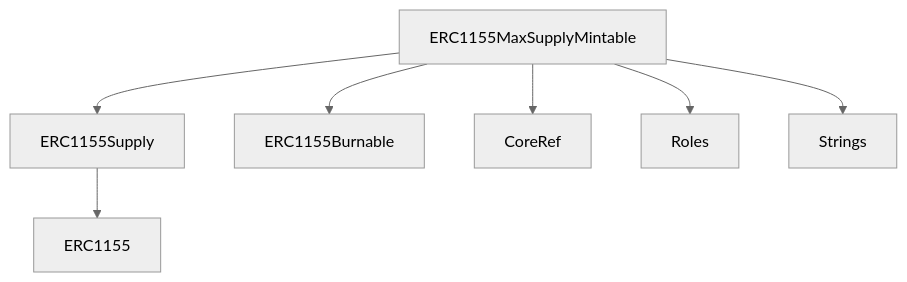
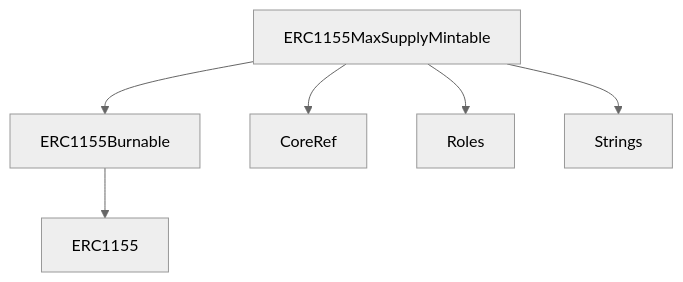
One commit to ZTX-Foundation/tuxedo changed the first of 2 diagrams in doc/contracts/nfts/ERC1155MaxSupplyMintable.md. Above: the diagram before and after it, drawn with Mermaid (neutral theme). The commit also changed other lines of this file, not shown here.

````diff
--- a/doc/contracts/nfts/ERC1155MaxSupplyMintable.md
+++ b/doc/contracts/nfts/ERC1155MaxSupplyMintable.md
@@ -10,10 +10,9 @@
 ```mermaid
 graph TD
-    ERC1155MaxSupplyMintable --> ERC1155Supply
     ERC1155MaxSupplyMintable --> ERC1155Burnable
     ERC1155MaxSupplyMintable --> CoreRef
     ERC1155MaxSupplyMintable --> Roles
     ERC1155MaxSupplyMintable --> Strings
-    
-    ERC1155Supply --> ERC1155
+
+    ERC1155Burnable --> ERC1155
 ```
````
